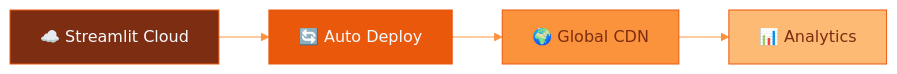
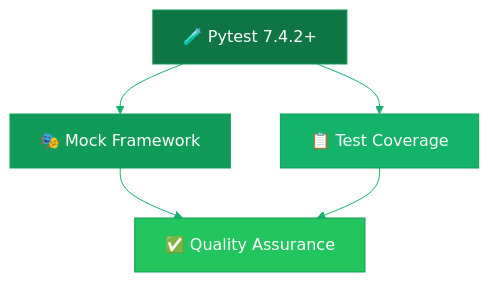
One commit to jellyfishing2346/cfo-copilot changed the third of 10 diagrams in README.md. Above: the diagram before and after it, drawn with Mermaid. The commit also changed other lines of this file, not shown here.

````diff
--- a/README.md
+++ b/README.md
@@ -88,12 +94,13 @@
 ```mermaid
-%%{init: {'theme':'base', 'themeVariables': { 'primaryColor': '#7c2d12', 'primaryTextColor': '#f8fafc', 'primaryBorderColor': '#ea580c', 'lineColor': '#fb923c'}}}%%
-graph LR
-    A[☁️ Streamlit Cloud] --> B[🔄 Auto Deploy]
-    B --> C[🌍 Global CDN]
-    C --> D[📊 Analytics]
+%%{init: {'theme':'base', 'themeVariables': { 'primaryColor': '#0e7545', 'primaryTextColor': '#ffffff', 'primaryBorderColor': '#109c58', 'lineColor': '#14b36a'}}}%%
+graph TB
+    A[🧪 Pytest 7.4.2+] --> B[🎭 Mock Framework]
+    A --> C[📋 Test Coverage]
+    B --> D[✅ Quality Assurance]
+    C --> D
     
-    style A fill:#7c2d12,color:#f8fafc
-    style B fill:#ea580c,color:#f8fafc
-    style C fill:#fb923c,color:#7c2d12
-    style D fill:#fdba74,color:#7c2d12
+    style A fill:#0e7545,color:#ffffff
+    style B fill:#109c58,color:#ffffff
+    style C fill:#14b36a,color:#ffffff
+    style D fill:#22c55e,color:#ffffff
 ```
````
